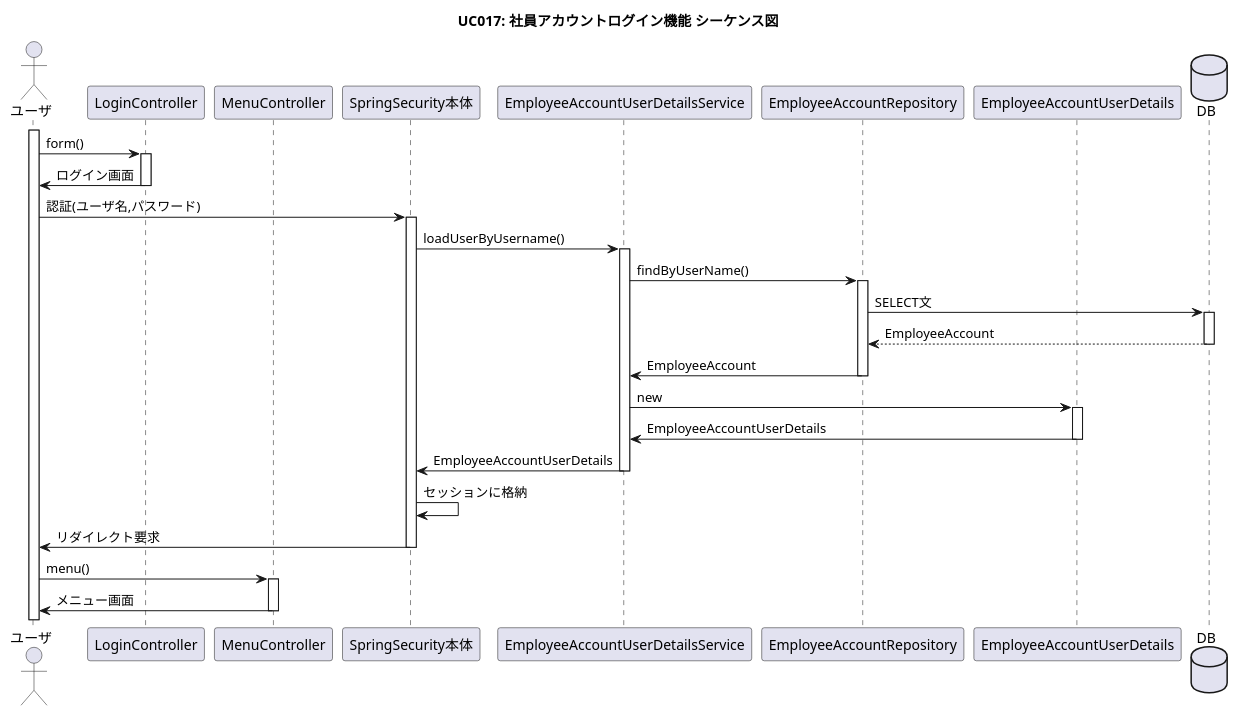
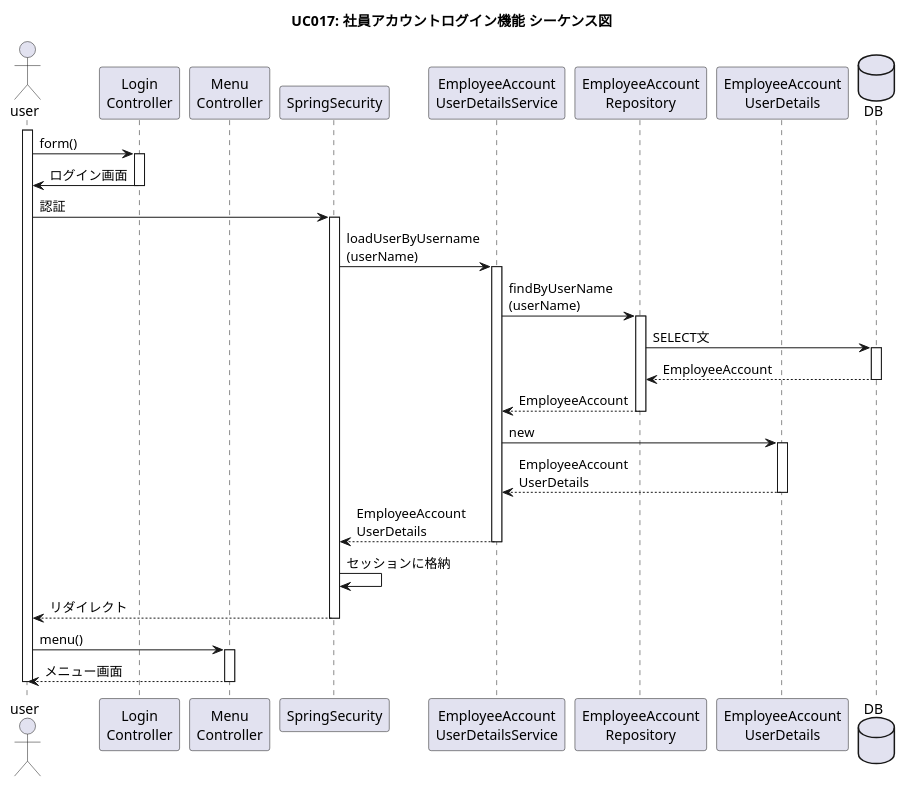
The diagram in plan/diagram/sequence/uc017_employee_account_login.puml (imagepit/fullness-ec), drawn with PlantUML before and after one commit. The commit also changed 89 other files, not shown here.

```diff
--- a/plan/diagram/sequence/uc017_employee_account_login.puml
+++ b/plan/diagram/sequence/uc017_employee_account_login.puml
@@ -1,69 +1,33 @@
 @startuml
 
 title UC017: 社員アカウントログイン機能 シーケンス図
+skinparam shadowing false
+actor "user" as user
+activate user
+participant "Login\nController" as ctrl1
+participant "Menu\nController" as ctrl2
+participant "SpringSecurity" as sec
+participant "EmployeeAccount\nUserDetailsService" as svc
+participant "EmployeeAccount\nRepository" as repo
+participant "EmployeeAccount\nUserDetails" as ud
+database DB as db
 
-'hide footbox
-skinparam shadowing false
-actor ユーザ
+user -> ctrl1 ++ : form()
+ctrl1 -> user -- : ログイン画面
+user -> sec ++ : 認証
+sec -> svc ++ : loadUserByUsername\n(userName)
+svc -> repo ++ : findByUserName\n(userName)
+repo -> db ++ : SELECT文
+db --> repo -- : EmployeeAccount
+repo --> svc -- : EmployeeAccount
+svc -> ud ++ : new
+ud --> svc -- : EmployeeAccount\nUserDetails
+svc --> sec -- : EmployeeAccount\nUserDetails
+sec -> sec : セッションに格納
+sec --> user -- : リダイレクト
+user -> ctrl2 ++ : menu()
+ctrl2 --> user -- : メニュー画面
 
-activate ユーザ
-
-participant LoginController
-
-participant MenuController
-
-participant SpringSecurity本体
-
-participant EmployeeAccountUserDetailsService
-
-
-ユーザ -> LoginController : form()
-
-activate LoginController
-
-LoginController -> ユーザ : ログイン画面
-deactivate LoginController
-
-ユーザ -> SpringSecurity本体 : 認証(ユーザ名,パスワード)
-activate SpringSecurity本体
-
-SpringSecurity本体 -> EmployeeAccountUserDetailsService : loadUserByUsername()
-activate EmployeeAccountUserDetailsService
-
-EmployeeAccountUserDetailsService -> EmployeeAccountRepository : findByUserName()
-activate EmployeeAccountRepository
-
-participant EmployeeAccountUserDetails
-
-database DB
-
-EmployeeAccountRepository -> DB : SELECT文
-activate DB
-
-DB --> EmployeeAccountRepository : EmployeeAccount
-deactivate DB
-
-EmployeeAccountRepository -> EmployeeAccountUserDetailsService : EmployeeAccount
-deactivate EmployeeAccountRepository
-
-EmployeeAccountUserDetailsService -> EmployeeAccountUserDetails : new
-activate EmployeeAccountUserDetails
-
-EmployeeAccountUserDetails -> EmployeeAccountUserDetailsService : EmployeeAccountUserDetails
-deactivate EmployeeAccountUserDetails
-
-EmployeeAccountUserDetailsService -> SpringSecurity本体 : EmployeeAccountUserDetails
-deactivate EmployeeAccountUserDetailsService
-
-SpringSecurity本体 -> SpringSecurity本体 : セッションに格納
-
-SpringSecurity本体 -> ユーザ : リダイレクト要求
-deactivate SpringSecurity本体
-
-ユーザ -> MenuController : menu()
-activate MenuController
-
-MenuController -> ユーザ : メニュー画面
-deactivate MenuController
+deactivate user
 
 @enduml
```
